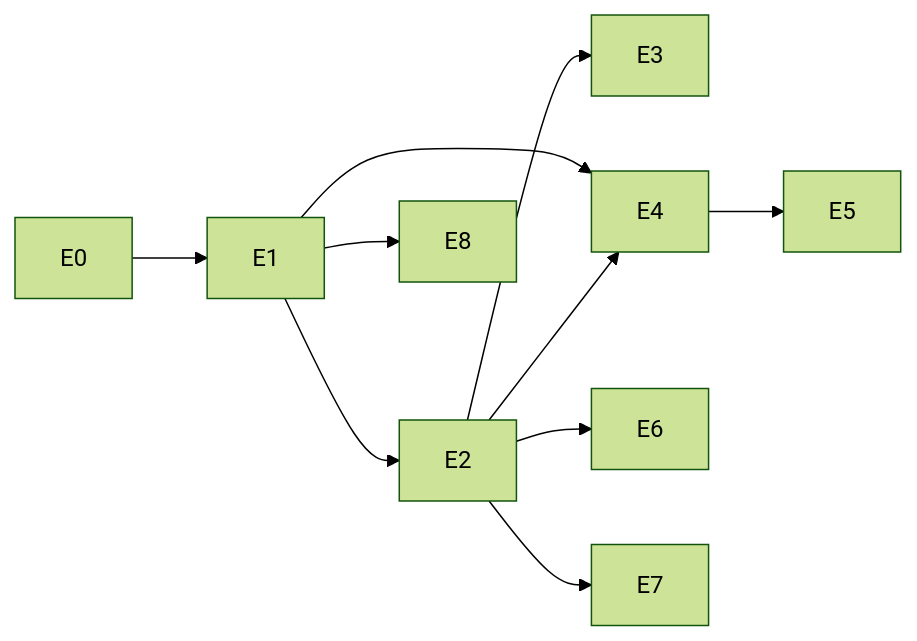
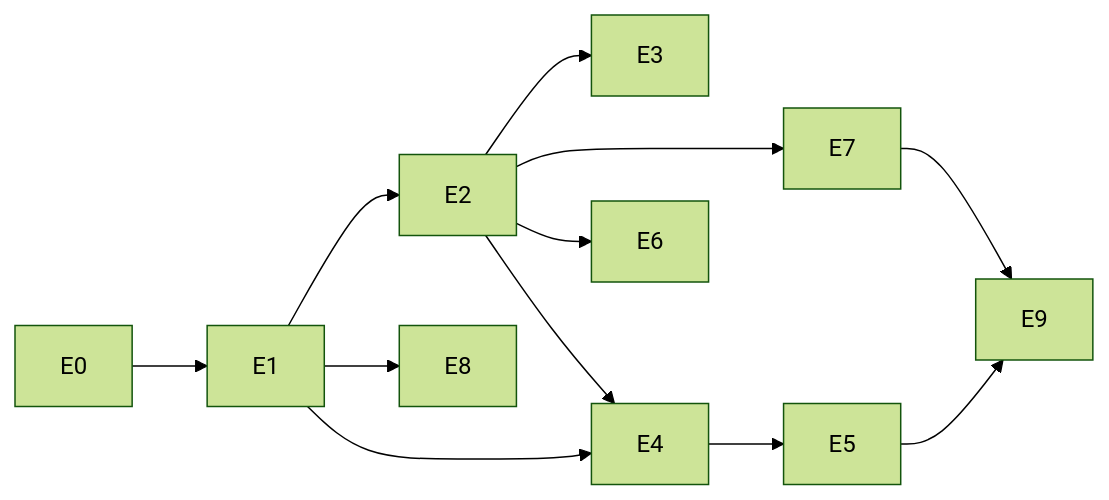
One commit to matheussousa1/harness-corp changed the diagram in backlog/epicos.md. Above: the diagram before and after it, drawn with Mermaid (forest theme). The commit also changed other lines of this file and 4 other files, not shown here.

First line of the commit message:
adr-0004: Electron first, Tauri second - the second client proves the architecture

````diff
--- a/backlog/epicos.md
+++ b/backlog/epicos.md
@@ -17,10 +18,12 @@
 ```mermaid
 flowchart LR
   E0 --> E1 --> E2 --> E3
   E1 --> E4
   E2 --> E4
   E4 --> E5
   E2 --> E6
   E2 --> E7
   E1 --> E8
+  E5 --> E9
+  E7 --> E9
 ```
````
